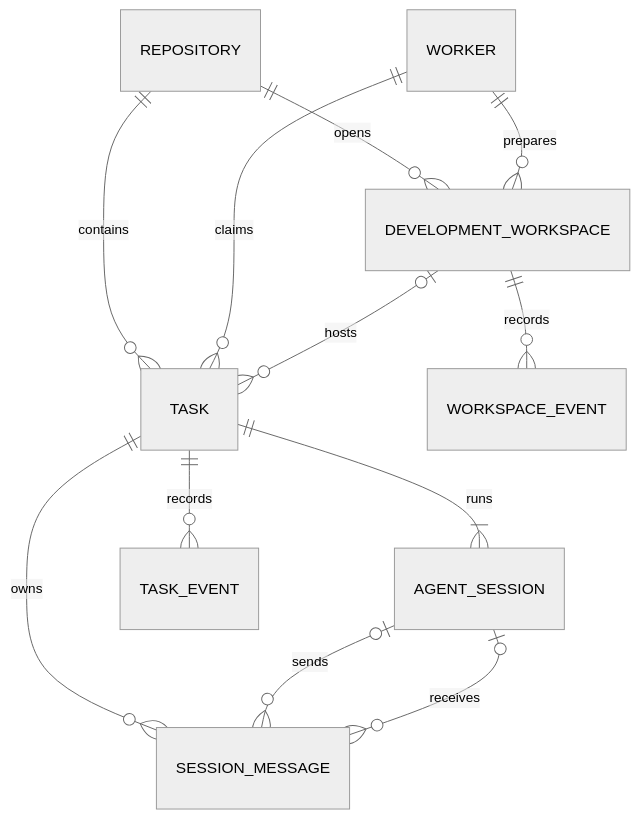
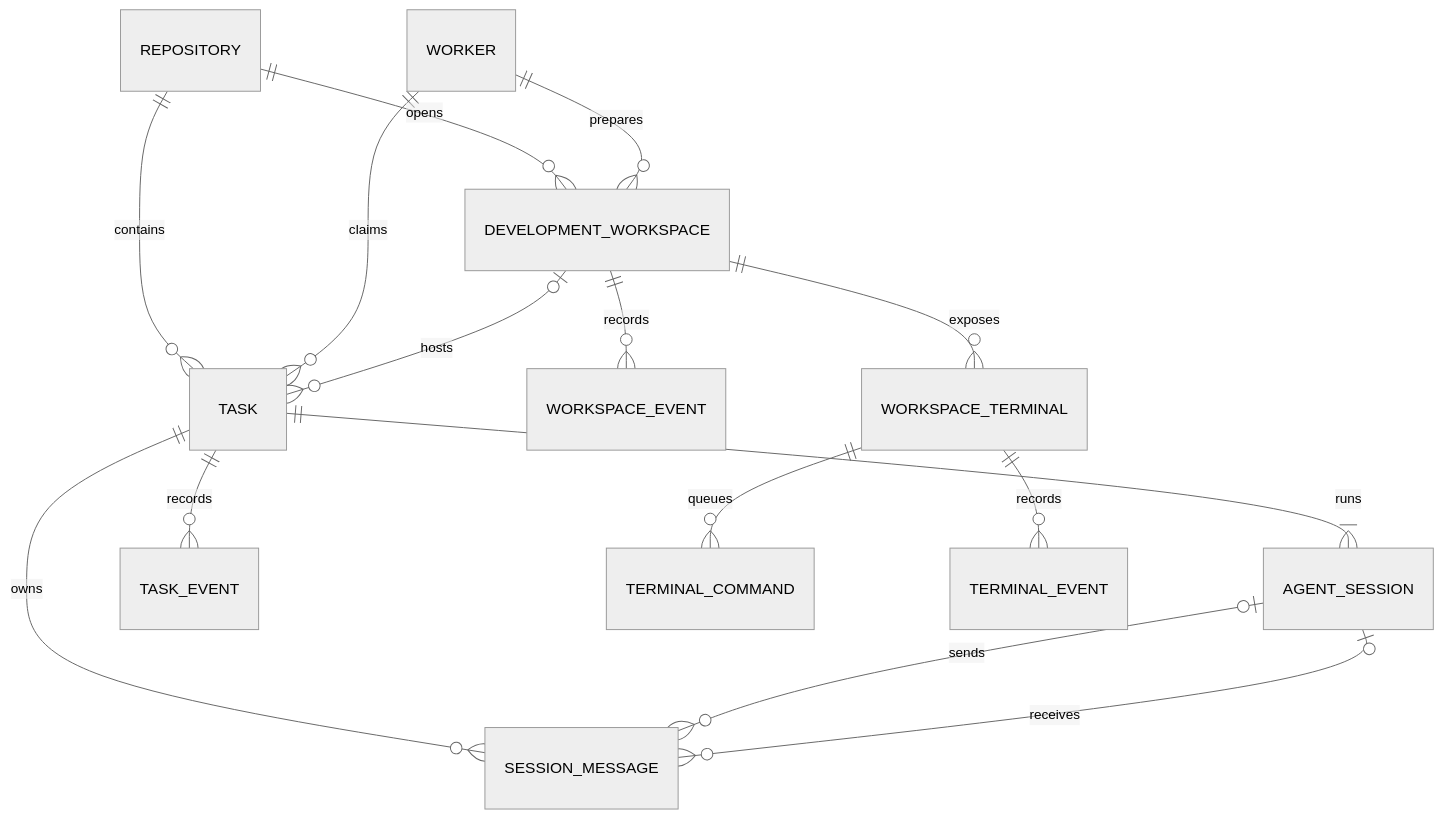
The first of 3 diagrams in docs/ARCHITECTURE.md (Jhonwivk/TeamWeave), drawn with Mermaid (neutral theme) before and after one commit. The commit also changed other lines of this file and 16 other files, not shown here.

Commit message:
feat: add workspace terminal bridge

````diff
--- a/docs/ARCHITECTURE.md
+++ b/docs/ARCHITECTURE.md
@@ -19,14 +19,17 @@
 ```mermaid
 erDiagram
     REPOSITORY ||--o{ TASK : contains
     WORKER ||--o{ TASK : claims
     TASK ||--|{ AGENT_SESSION : runs
     TASK ||--o{ TASK_EVENT : records
     TASK ||--o{ SESSION_MESSAGE : owns
     REPOSITORY ||--o{ DEVELOPMENT_WORKSPACE : opens
     WORKER ||--o{ DEVELOPMENT_WORKSPACE : prepares
     DEVELOPMENT_WORKSPACE ||--o{ WORKSPACE_EVENT : records
+    DEVELOPMENT_WORKSPACE ||--o{ WORKSPACE_TERMINAL : exposes
+    WORKSPACE_TERMINAL ||--o{ TERMINAL_COMMAND : queues
+    WORKSPACE_TERMINAL ||--o{ TERMINAL_EVENT : records
     DEVELOPMENT_WORKSPACE o|--o{ TASK : hosts
     AGENT_SESSION o|--o{ SESSION_MESSAGE : sends
     AGENT_SESSION o|--o{ SESSION_MESSAGE : receives
 ```
````
